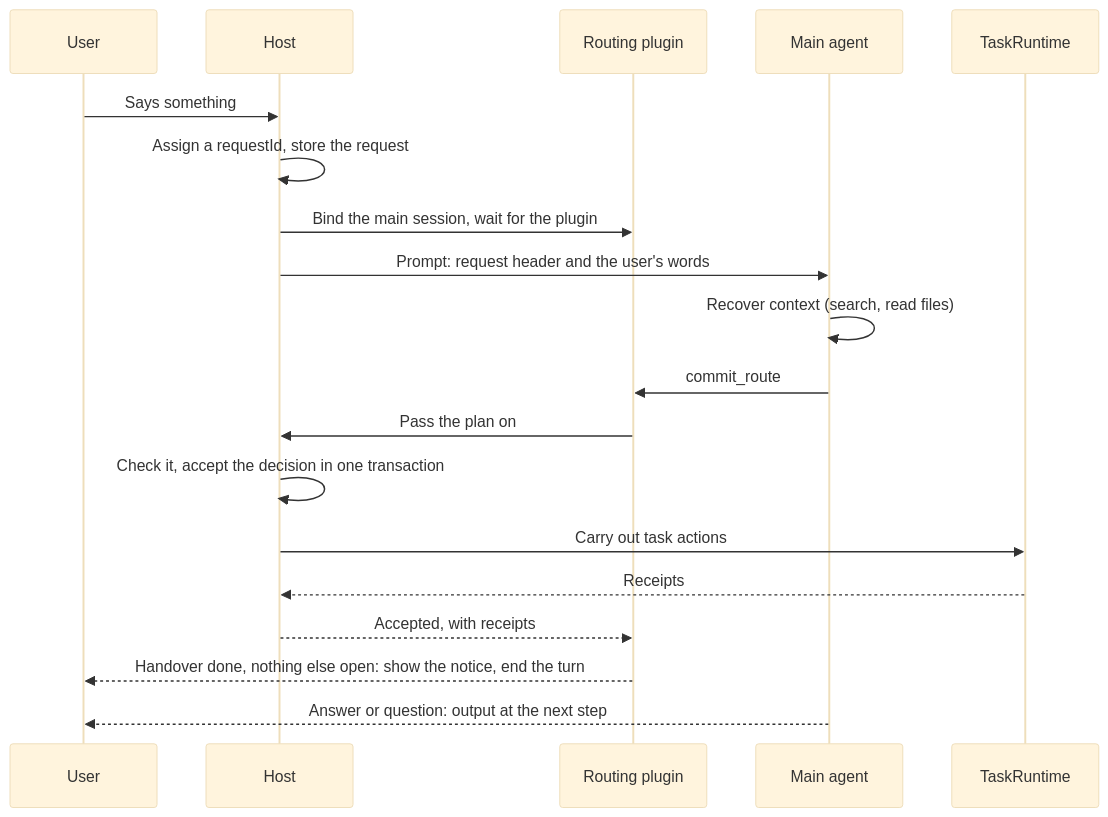
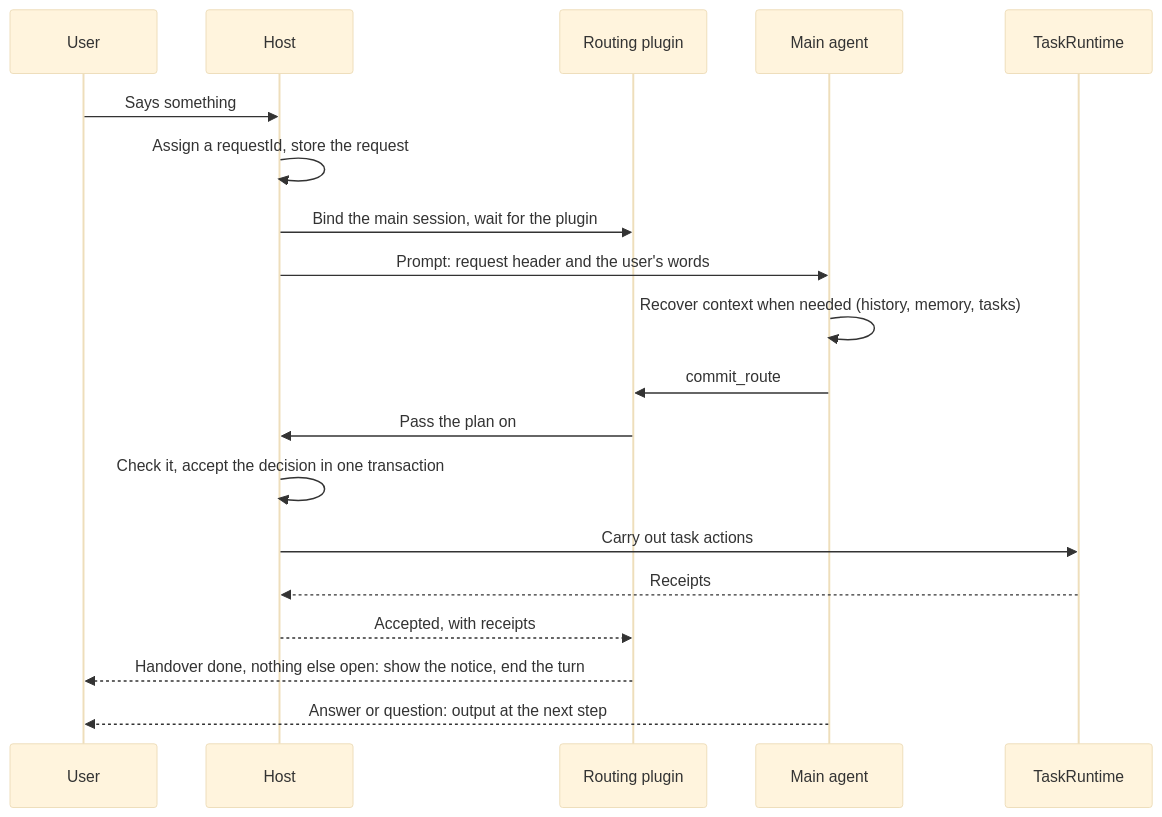
Before and after one commit to JNS0724/Viva: the diagram in docs/agent-routing-design.md, drawn with Mermaid (base theme). The commit also changed other lines of this file and 40 other files, not shown here.

````diff
--- a/docs/agent-routing-design.md
+++ b/docs/agent-routing-design.md
@@ -54,21 +54,21 @@
 ```mermaid
 sequenceDiagram
   participant U as User
   participant H as Host
   participant P as Routing plugin
   participant M as Main agent
   participant T as TaskRuntime
   U->>H: Says something
   H->>H: Assign a requestId, store the request
   H->>P: Bind the main session, wait for the plugin
   H->>M: Prompt: request header and the user's words
-  M->>M: Recover context (search, read files)
+  M->>M: Recover context when needed (history, memory, tasks)
   M->>P: commit_route
   P->>H: Pass the plan on
   H->>H: Check it, accept the decision in one transaction
   H->>T: Carry out task actions
   T-->>H: Receipts
   H-->>P: Accepted, with receipts
   P-->>U: Handover done, nothing else open: show the notice, end the turn
   M-->>U: Answer or question: output at the next step
 ```
````
